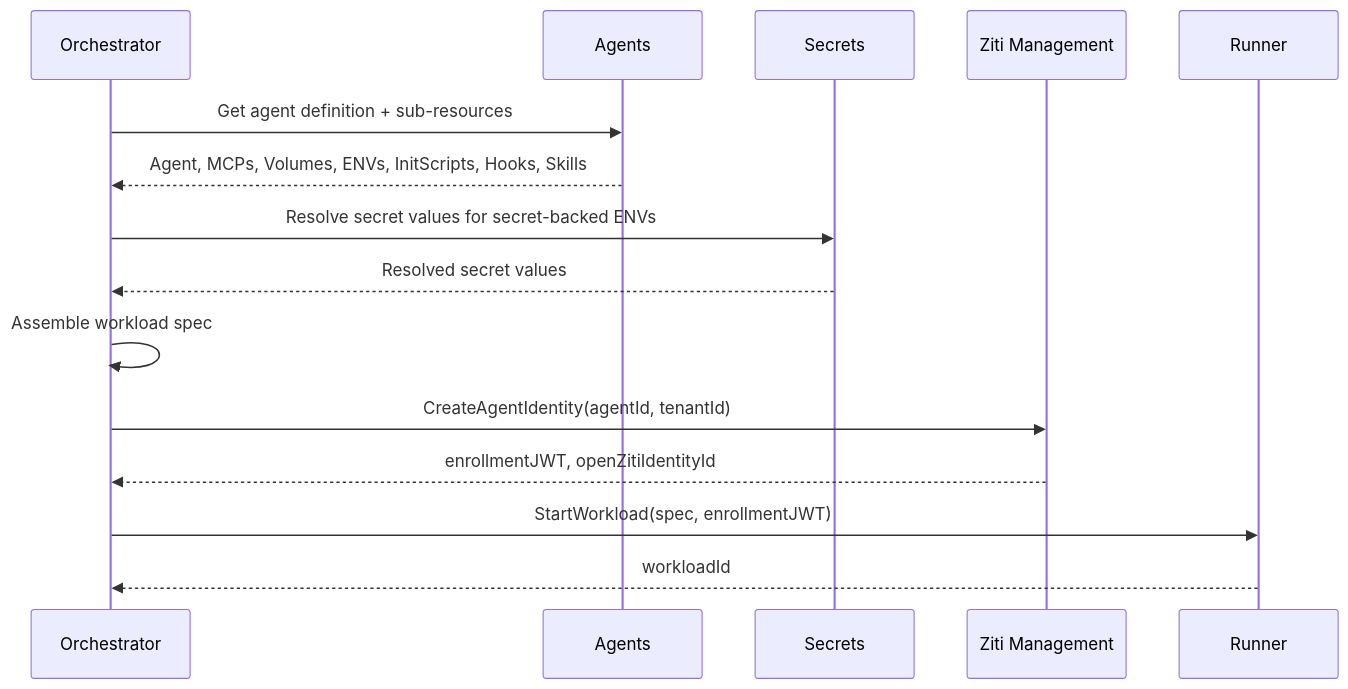
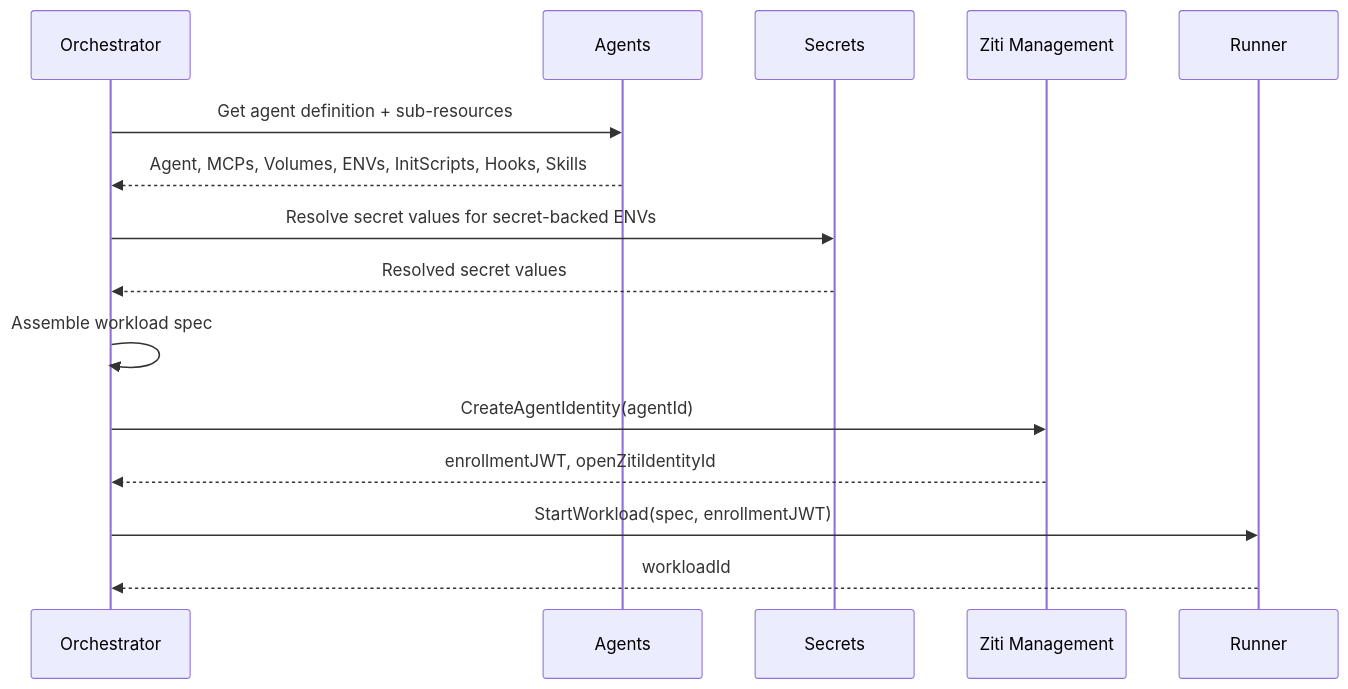
Before and after one commit to agynio/architecture: the third of 4 diagrams in architecture/agents-orchestrator.md, drawn with Mermaid. The commit also changed 16 other files, not shown here.

````diff
--- a/architecture/agents-orchestrator.md
+++ b/architecture/agents-orchestrator.md
@@ -90,18 +90,18 @@
 ```mermaid
 sequenceDiagram
     participant O as Orchestrator
     participant T as Agents
     participant S as Secrets
     participant ZM as Ziti Management
     participant R as Runner
 
     O->>T: Get agent definition + sub-resources
     T-->>O: Agent, MCPs, Volumes, ENVs, InitScripts, Hooks, Skills
     O->>S: Resolve secret values for secret-backed ENVs
     S-->>O: Resolved secret values
     O->>O: Assemble workload spec
-    O->>ZM: CreateAgentIdentity(agentId, tenantId)
+    O->>ZM: CreateAgentIdentity(agentId)
     ZM-->>O: enrollmentJWT, openZitiIdentityId
     O->>R: StartWorkload(spec, enrollmentJWT)
     R-->>O: workloadId
 ```
````
